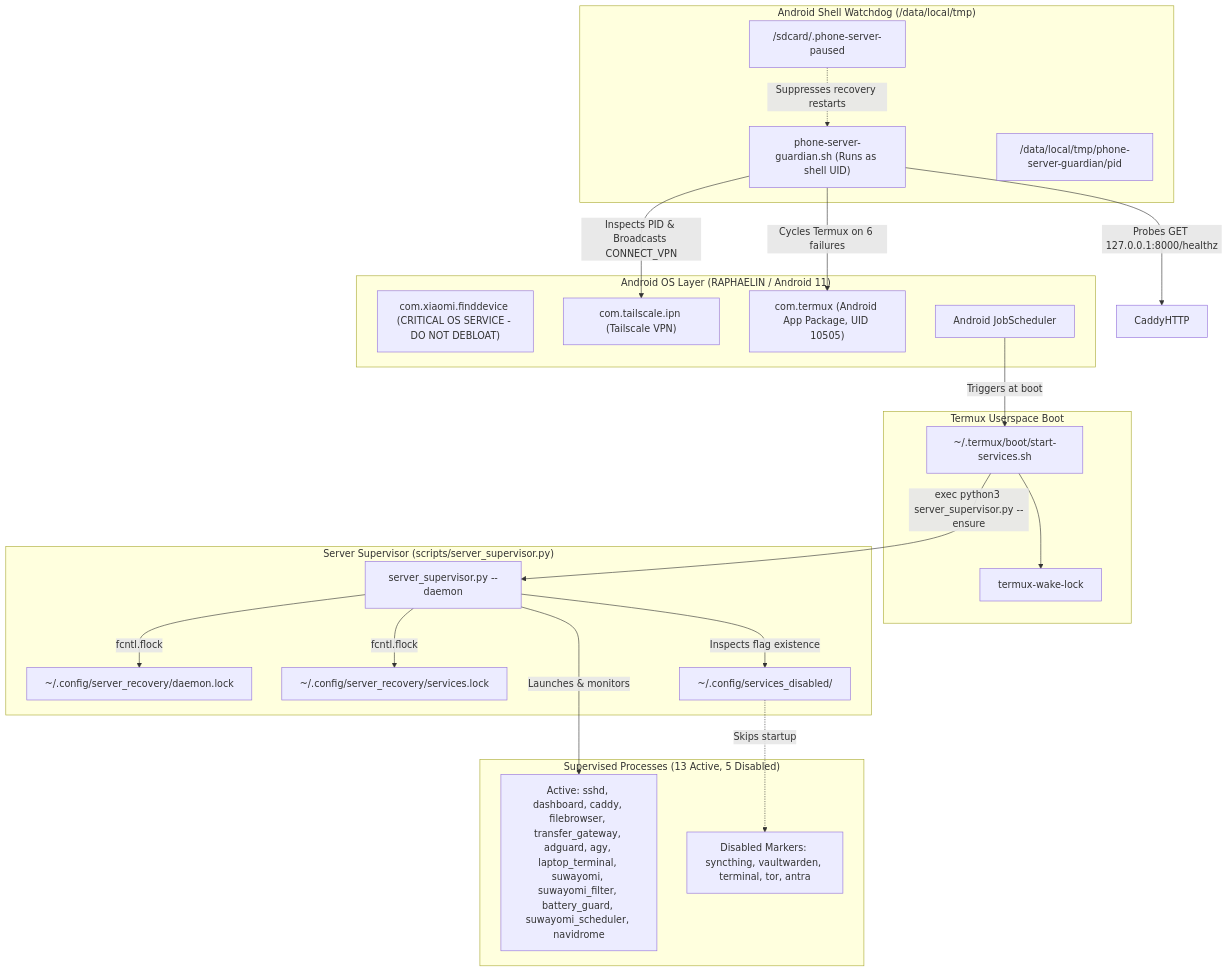
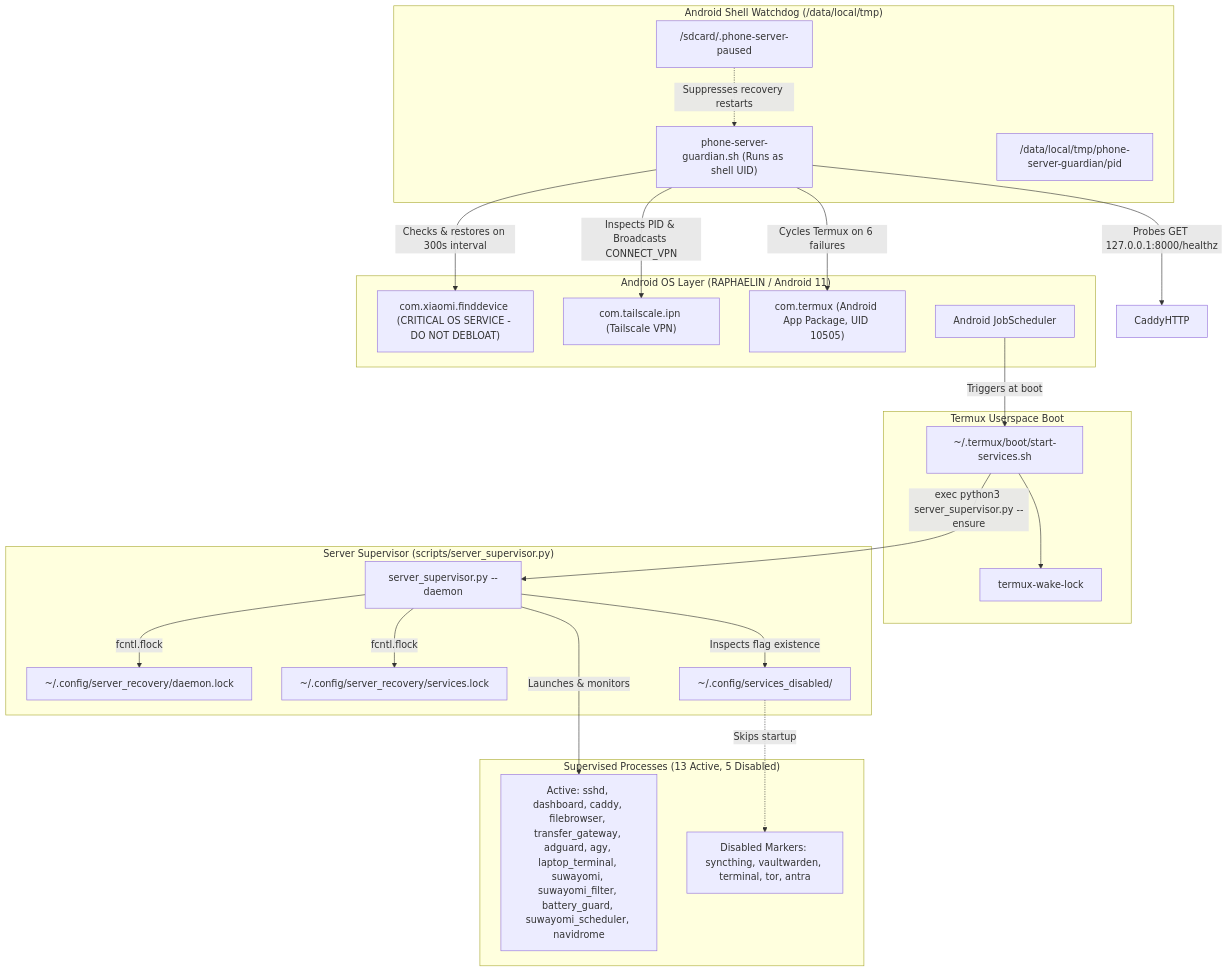
Before and after one commit to Y-astro/mobile-server: the second of 3 diagrams in docs/architecture/SYSTEM_MAP.md, drawn with Mermaid. The commit also changed other lines of this file and 10 other files, not shown here.

Commit message:
feat(guardian): add MIUI FindDevice bootloop safeguard and laptop rearm timer

````diff
--- a/docs/architecture/SYSTEM_MAP.md
+++ b/docs/architecture/SYSTEM_MAP.md
@@ -78,47 +78,48 @@
 ```mermaid
 flowchart TD
     subgraph AndroidOS["Android OS Layer (RAPHAELIN / Android 11)"]
         XiaomiFind["com.xiaomi.finddevice (CRITICAL OS SERVICE - DO NOT DEBLOAT)"]
         TailscaleApp["com.tailscale.ipn (Tailscale VPN)"]
         TermuxApp["com.termux (Android App Package, UID 10505)"]
         JobScheduler["Android JobScheduler"]
     end
 
     subgraph ShellWatchdog["Android Shell Watchdog (/data/local/tmp)"]
         GuardianScript["phone-server-guardian.sh (Runs as shell UID)"]
         GuardianState["/data/local/tmp/phone-server-guardian/pid"]
         PauseMarker["/sdcard/.phone-server-paused"]
     end
 
     subgraph TermuxBoot["Termux Userspace Boot"]
         BootScript["~/.termux/boot/start-services.sh"]
         WakeLock["termux-wake-lock"]
     end
 
     subgraph Supervisor["Server Supervisor (scripts/server_supervisor.py)"]
         SupervisorDaemon["server_supervisor.py --daemon"]
         DaemonLock["~/.config/server_recovery/daemon.lock"]
         ServicesLock["~/.config/server_recovery/services.lock"]
         DisabledDir["~/.config/services_disabled/"]
     end
 
     subgraph ManagedProcesses["Supervised Processes (13 Active, 5 Disabled)"]
         ActiveProc["Active: sshd, dashboard, caddy, filebrowser, transfer_gateway, adguard, agy, laptop_terminal, suwayomi, suwayomi_filter, battery_guard, suwayomi_scheduler, navidrome"]
         DisabledProc["Disabled Markers: syncthing, vaultwarden, terminal, tor, antra"]
     end
 
     JobScheduler -->|Triggers at boot| BootScript
     BootScript --> WakeLock
     BootScript -->|exec python3 server_supervisor.py --ensure| SupervisorDaemon
 
     GuardianScript -->|Inspects PID & Broadcasts CONNECT_VPN| TailscaleApp
     GuardianScript -->|Probes GET 127.0.0.1:8000/healthz| CaddyHTTP
     GuardianScript -->|Cycles Termux on 6 failures| TermuxApp
+    GuardianScript -->|Checks & restores on 300s interval| XiaomiFind
     PauseMarker -.->|Suppresses recovery restarts| GuardianScript
 
     SupervisorDaemon -->|fcntl.flock| DaemonLock
     SupervisorDaemon -->|fcntl.flock| ServicesLock
     SupervisorDaemon -->|Inspects flag existence| DisabledDir
     SupervisorDaemon -->|Launches & monitors| ActiveProc
     DisabledDir -.->|Skips startup| DisabledProc
 ```
````
